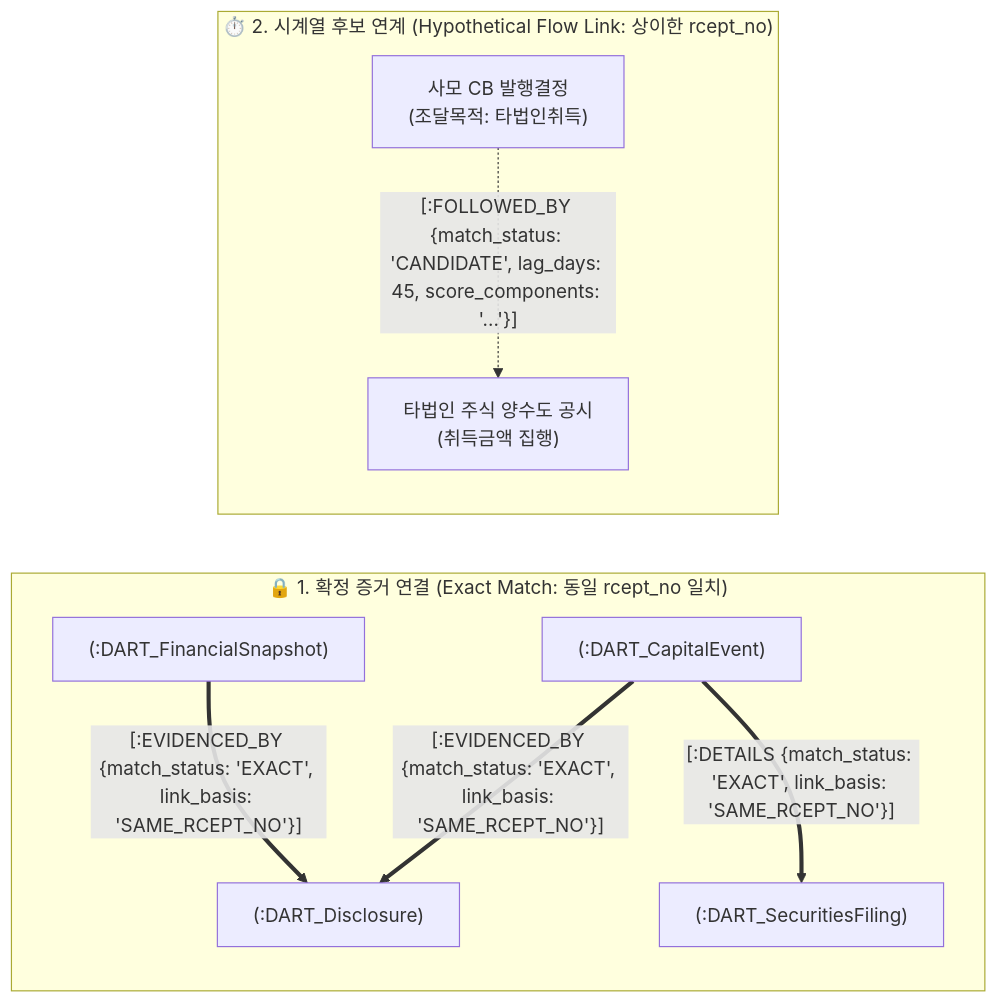
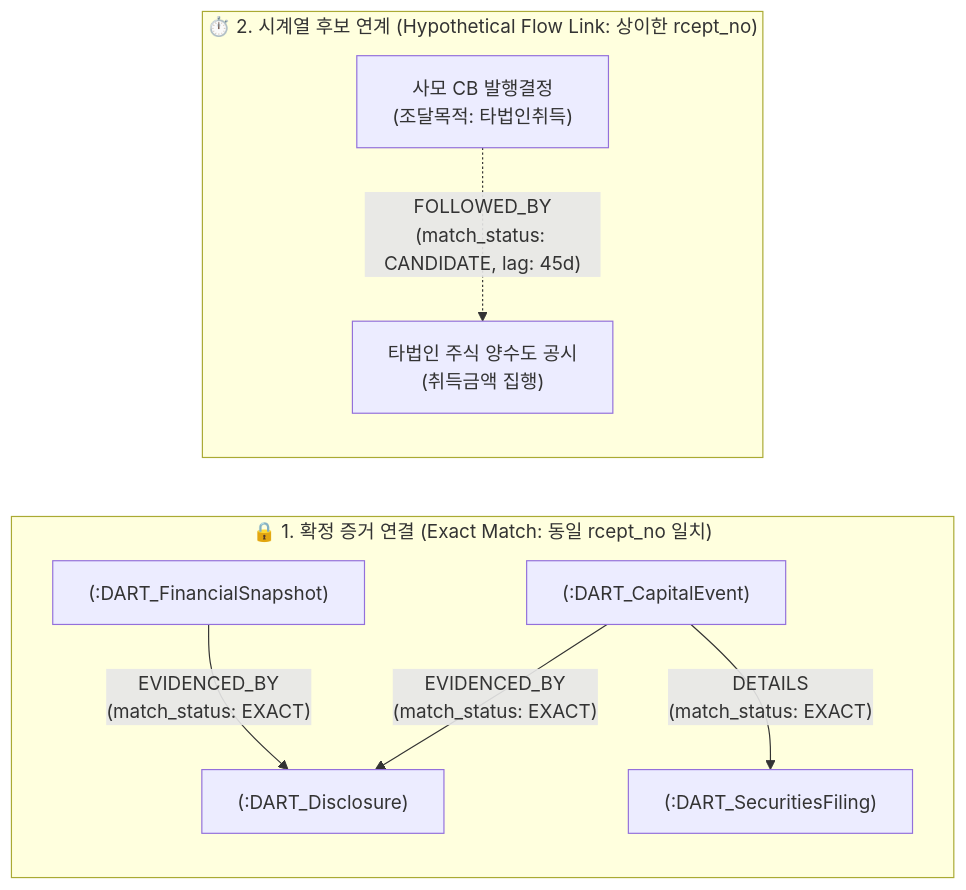
The second of 2 diagrams in 내작업폴더/00_DART_Trace_지식그래프_온톨로지_및_데이터구조_명세서_v0.4_백로그초안.md (mycar4/enkoa-practice-knowledge-graph), drawn with Mermaid before and after one commit. The commit also changed other lines of this file, not shown here.

Commit message:
fix(docs): fix Mermaid link label syntax with double quotes to prevent parser error

````diff
--- a/내작업폴더/00_DART_Trace_지식그래프_온톨로지_및_데이터구조_명세서_v0.4_백로그초안.md
+++ b/내작업폴더/00_DART_Trace_지식그래프_온톨로지_및_데이터구조_명세서_v0.4_백로그초안.md
@@ -141,12 +141,12 @@
 ```mermaid
 flowchart LR
     subgraph Exact ["🔒 1. 확정 증거 연결 (Exact Match: 동일 rcept_no 일치)"]
-        E1["(:DART_CapitalEvent)"] == "[:EVIDENCED_BY {match_status: 'EXACT', link_basis: 'SAME_RCEPT_NO'}]" ==> D1["(:DART_Disclosure)"]
-        E1 == "[:DETAILS {match_status: 'EXACT', link_basis: 'SAME_RCEPT_NO'}]" ==> S1["(:DART_SecuritiesFiling)"]
-        F1["(:DART_FinancialSnapshot)"] == "[:EVIDENCED_BY {match_status: 'EXACT', link_basis: 'SAME_RCEPT_NO'}]" ==> D1
+        E1["(:DART_CapitalEvent)"] -->|"EVIDENCED_BY<br/>(match_status: EXACT)"| D1["(:DART_Disclosure)"]
+        E1 -->|"DETAILS<br/>(match_status: EXACT)"| S1["(:DART_SecuritiesFiling)"]
+        F1["(:DART_FinancialSnapshot)"] -->|"EVIDENCED_BY<br/>(match_status: EXACT)"| D1
     end
 
     subgraph Candidate ["⏱️ 2. 시계열 후보 연계 (Hypothetical Flow Link: 상이한 rcept_no)"]
-        CB["사모 CB 발행결정<br/>(조달목적: 타법인취득)"] -. "[:FOLLOWED_BY {match_status: 'CANDIDATE', lag_days: 45, score_components: '...'}]" .-> ACQ["타법인 주식 양수도 공시<br/>(취득금액 집행)"]
+        CB["사모 CB 발행결정<br/>(조달목적: 타법인취득)"] -.->|"FOLLOWED_BY<br/>(match_status: CANDIDATE, lag: 45d)"| ACQ["타법인 주식 양수도 공시<br/>(취득금액 집행)"]
     end
 ```
````
